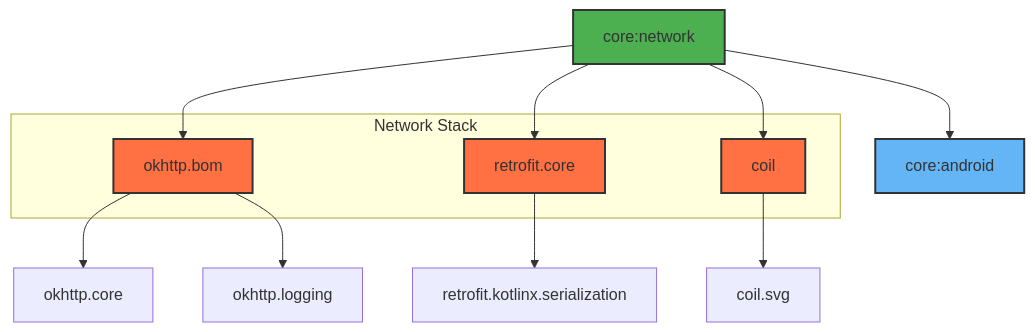
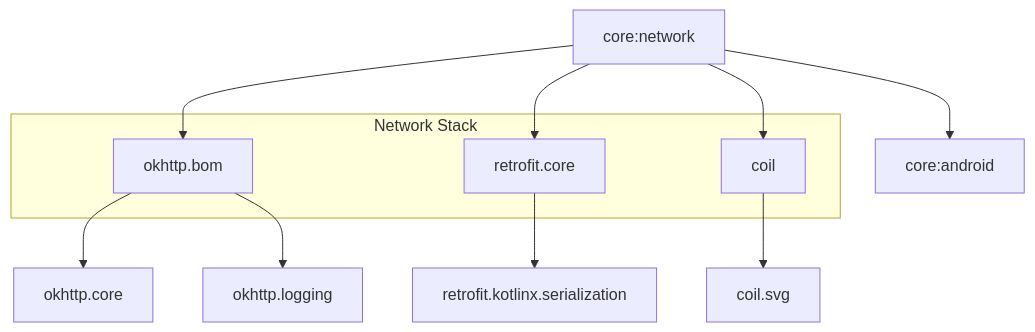
Before and after one commit to atick-faisal/Jetpack-Android-Starter: the diagram in core/network/README.md, drawn with Mermaid. The commit also changed 31 other files, not shown here.

````diff
--- a/core/network/README.md
+++ b/core/network/README.md
@@ -123,23 +123,17 @@
 ```mermaid
 graph TD
     A[core:network] --> B[core:android]
     A --> C[okhttp.bom]
     C --> D[okhttp.core]
     C --> E[okhttp.logging]
     A --> F[retrofit.core]
     F --> G[retrofit.kotlinx.serialization]
     A --> H[coil]
     H --> I[coil.svg]
 
     subgraph "Network Stack"
         C
         F
         H
     end
-
-    style A fill: #4CAF50, stroke: #333, stroke-width: 2px
-    style B fill: #64B5F6, stroke: #333, stroke-width: 2px
-    style C fill: #FF7043, stroke: #333, stroke-width: 2px
-    style F fill: #FF7043, stroke: #333, stroke-width: 2px
-    style H fill: #FF7043, stroke: #333, stroke-width: 2px
 ```
````
